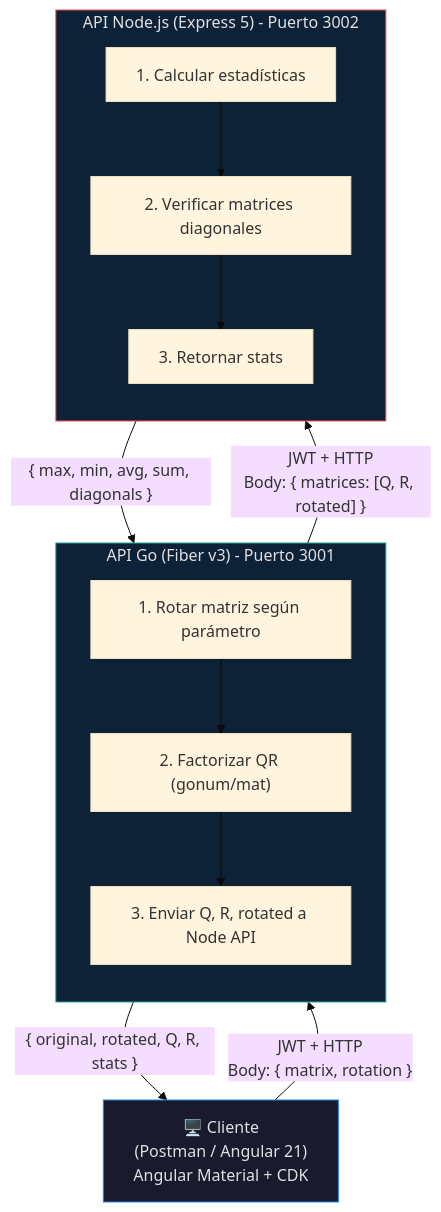
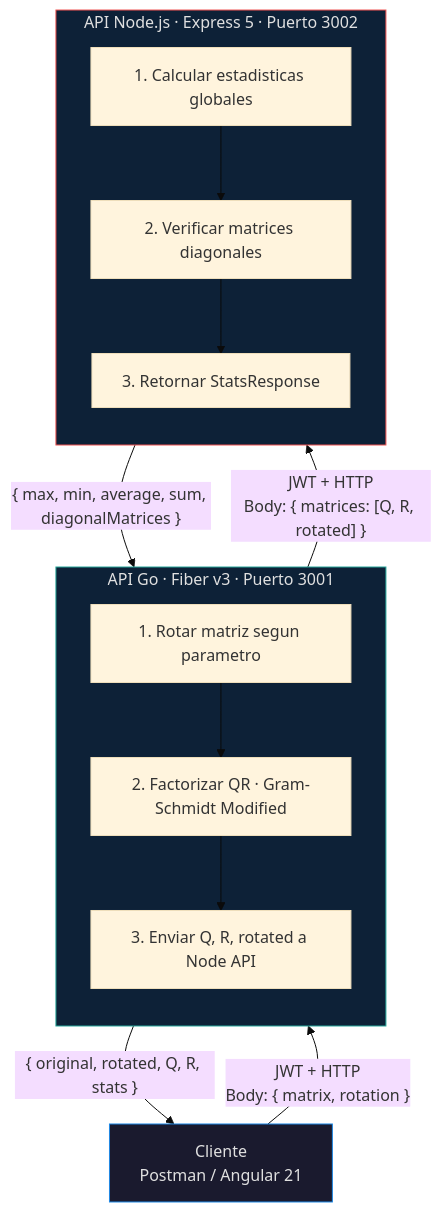
One commit to gacc94/coding-challenge changed the diagram in docs/architecture.md. Above: the diagram before and after it, drawn with Mermaid (base theme). The commit also changed other lines of this file and 68 other files, not shown here.

````diff
--- a/docs/architecture.md
+++ b/docs/architecture.md
@@ -13,31 +13,31 @@
 ```mermaid
 graph TD
-    Client["🖥️ Cliente<br/>(Postman / Angular 21)<br/>Angular Material + CDK"]
-    
+    Client["Cliente<br/>Postman / Angular 21"]
+
     Client -->|"JWT + HTTP<br/>Body: { matrix, rotation }"| GoAPI
-    
-    subgraph GoAPI["API Go (Fiber v3) - Puerto 3001"]
+
+    subgraph GoAPI["API Go · Fiber v3 · Puerto 3001"]
         direction TB
-        G1["1. Rotar matriz según parámetro"]
-        G2["2. Factorizar QR (gonum/mat)"]
+        G1["1. Rotar matriz segun parametro"]
+        G2["2. Factorizar QR · Gram-Schmidt Modified"]
         G3["3. Enviar Q, R, rotated a Node API"]
         G1 --> G2 --> G3
     end
-    
+
     GoAPI -->|"JWT + HTTP<br/>Body: { matrices: [Q, R, rotated] }"| NodeAPI
-    
-    subgraph NodeAPI["API Node.js (Express 5) - Puerto 3002"]
+
+    subgraph NodeAPI["API Node.js · Express 5 · Puerto 3002"]
         direction TB
-        N1["1. Calcular estadísticas"]
+        N1["1. Calcular estadisticas globales"]
         N2["2. Verificar matrices diagonales"]
-        N3["3. Retornar stats"]
+        N3["3. Retornar StatsResponse"]
         N1 --> N2 --> N3
     end
-    
-    NodeAPI -->|"{ max, min, avg, sum, diagonals }"| GoAPI
+
+    NodeAPI -->|"{ max, min, average, sum, diagonalMatrices }"| GoAPI
     GoAPI -->|"{ original, rotated, Q, R, stats }"| Client
 
     style Client fill:#1a1a2e,stroke:#1e88e5,color:#e0e0e0
     style GoAPI fill:#0d2137,stroke:#26a69a,color:#e0e0e0
     style NodeAPI fill:#0d2137,stroke:#ef5350,color:#e0e0e0
 ```
````
